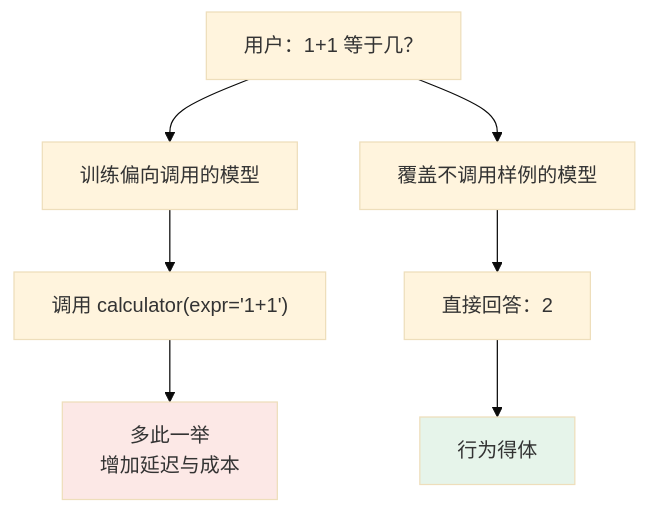
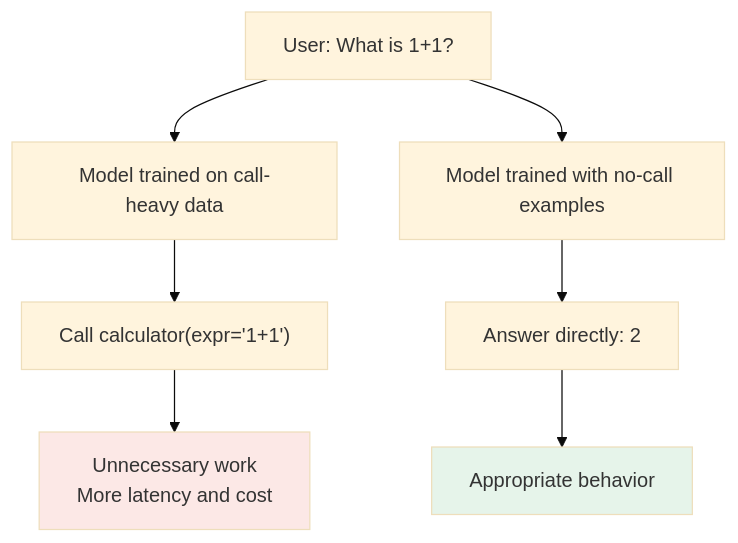
The second of 4 diagrams in docs/tools/01-function-calling/02-tool-learning.md (oneleaveknowsthefall/awesome-ai-roadmap), drawn with Mermaid (base theme) before and after one commit. The commit also changed other lines of this file and 42 other files, not shown here.

````diff
--- a/docs/tools/01-function-calling/02-tool-learning.md
+++ b/docs/tools/01-function-calling/02-tool-learning.md
@@ -84,13 +84,13 @@
 ```mermaid
 flowchart TB
-    Q["用户：1+1 等于几？"] --> SFTM["训练偏向调用的模型"]
-    SFTM --> A1["调用 calculator(expr='1+1')"]
-    A1 --> BAD["多此一举<br/>增加延迟与成本"]
+    Q["User: What is 1+1?"] --> SFTM["Model trained on call-heavy data"]
+    SFTM --> A1["Call calculator(expr='1+1')"]
+    A1 --> BAD["Unnecessary work<br/>More latency and cost"]
 
-    Q --> RLM["覆盖不调用样例的模型"]
-    RLM --> A2["直接回答：2"]
-    A2 --> GOOD["行为得体"]
+    Q --> RLM["Model trained with no-call examples"]
+    RLM --> A2["Answer directly: 2"]
+    A2 --> GOOD["Appropriate behavior"]
 
     style BAD fill:#fce8e6
     style GOOD fill:#e6f4ea
 ```
````
